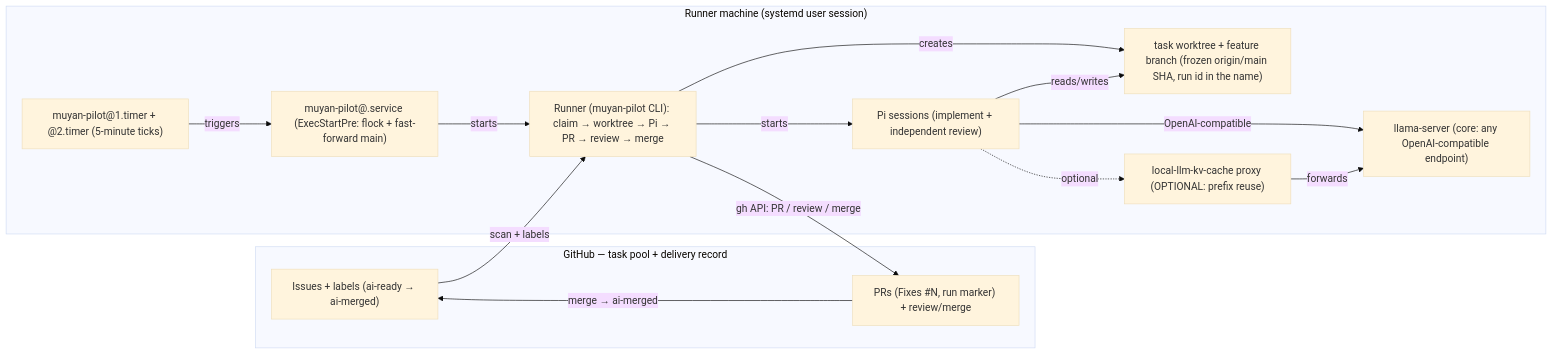
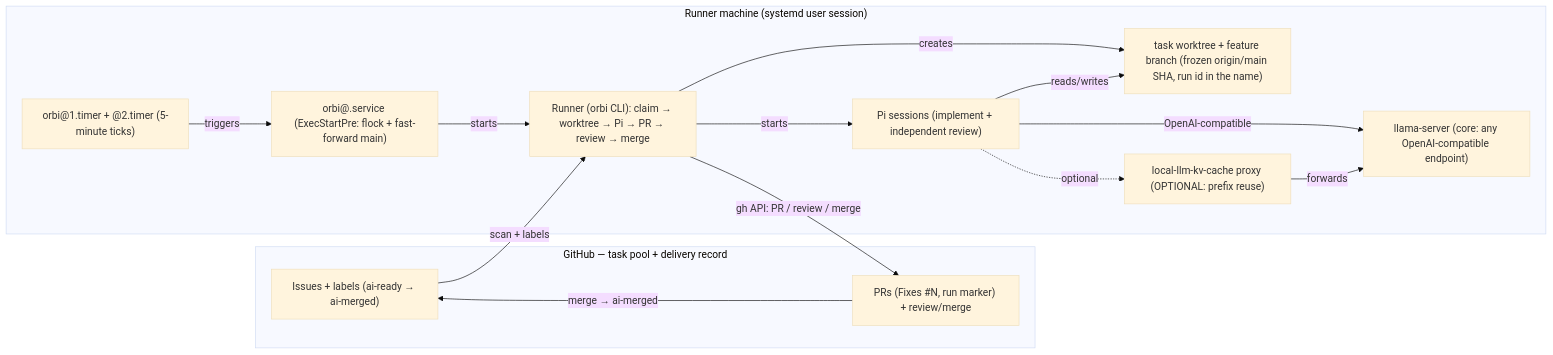
Before and after one commit to orbi-build/orbi: the diagram in docs/index.mdx, drawn with Mermaid (base theme). The commit also changed 83 other files, not shown here.

````diff
--- a/docs/index.mdx
+++ b/docs/index.mdx
@@ -11,27 +11,27 @@
 ```mermaid
 flowchart LR
   subgraph github["GitHub — task pool + delivery record"]
     issues["Issues + labels (ai-ready → ai-merged)"]
     prs["PRs (Fixes #N, run marker) + review/merge"]
   end
   subgraph machine["Runner machine (systemd user session)"]
-    timer["muyan-pilot@1.timer + @2.timer (5-minute ticks)"]
-    service["muyan-pilot@.service (ExecStartPre: flock + fast-forward main)"]
-    runner["Runner (muyan-pilot CLI): claim → worktree → Pi → PR → review → merge"]
+    timer["orbi@1.timer + @2.timer (5-minute ticks)"]
+    service["orbi@.service (ExecStartPre: flock + fast-forward main)"]
+    runner["Runner (orbi CLI): claim → worktree → Pi → PR → review → merge"]
     worktree["task worktree + feature branch (frozen origin/main SHA, run id in the name)"]
     pi["Pi sessions (implement + independent review)"]
     model["llama-server (core: any OpenAI-compatible endpoint)"]
     proxy["local-llm-kv-cache proxy (OPTIONAL: prefix reuse)"]
   end
   issues -->|scan + labels| runner
   timer -->|triggers| service
   service -->|starts| runner
   runner -->|creates| worktree
   runner -->|starts| pi
   pi -->|reads/writes| worktree
   pi -->|OpenAI-compatible| model
   pi -.->|optional| proxy
   proxy -->|forwards| model
   runner -->|gh API: PR / review / merge| prs
   prs -->|merge → ai-merged| issues
 ```
````
